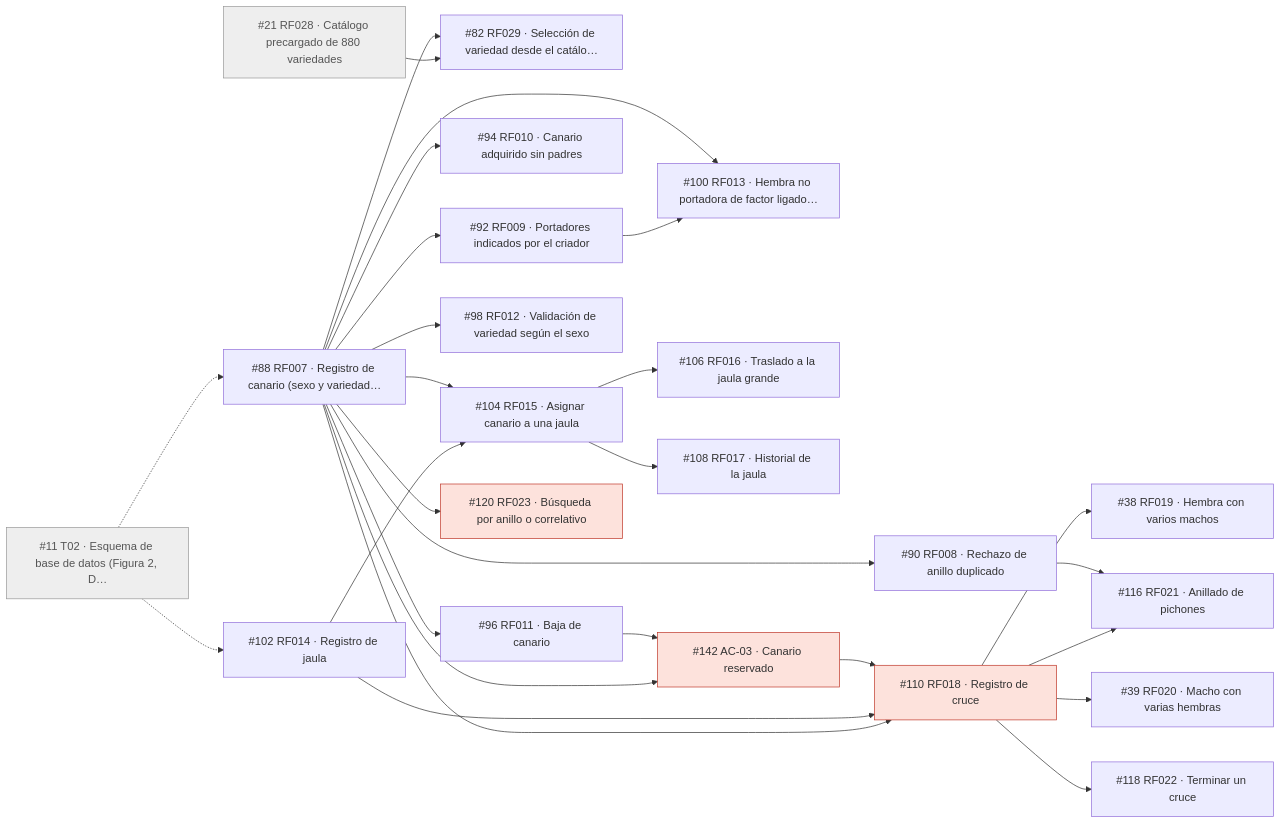
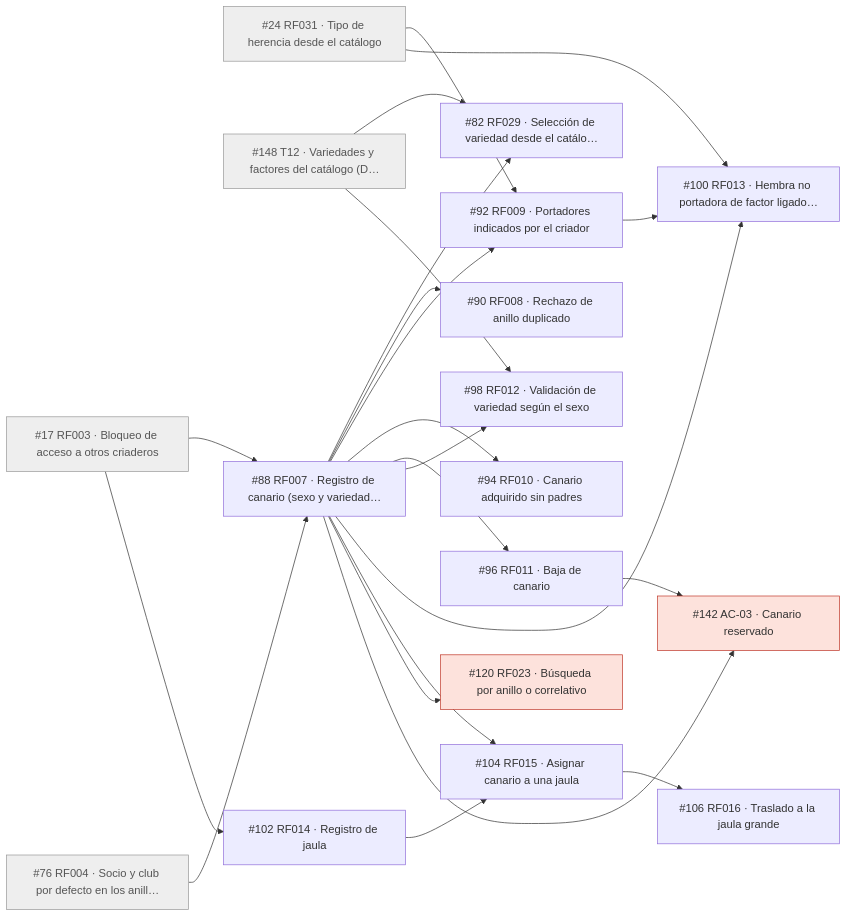
Before and after one commit to JereR1621/sistema-gestion-criadero-canarios: the third of 11 diagrams in docs/guia-issues.md, drawn with Mermaid. The commit also changed other lines of this file and 4 other files, not shown here.

````diff
--- a/docs/guia-issues.md
+++ b/docs/guia-issues.md
@@ -117,52 +112,43 @@
 ```mermaid
 flowchart LR
-    n11["#11 T02 · Esquema de base de datos (Figura 2, D…"]:::antes
-    n21["#21 RF028 · Catálogo precargado de 880 variedades"]:::antes
-    n38["#38 RF019 · Hembra con varios machos"]
-    n39["#39 RF020 · Macho con varias hembras"]
+    n17["#17 RF003 · Bloqueo de acceso a otros criaderos"]:::antes
+    n24["#24 RF031 · Tipo de herencia desde el catálogo"]:::antes
+    n76["#76 RF004 · Socio y club por defecto en los anill…"]:::antes
+    n148["#148 T12 · Variedades y factores del catálogo (D…"]:::antes
     n82["#82 RF029 · Selección de variedad desde el catálo…"]
     n88["#88 RF007 · Registro de canario (sexo y variedad…"]
     n90["#90 RF008 · Rechazo de anillo duplicado"]
     n92["#92 RF009 · Portadores indicados por el criador"]
     n94["#94 RF010 · Canario adquirido sin padres"]
     n96["#96 RF011 · Baja de canario"]
     n98["#98 RF012 · Validación de variedad según el sexo"]
     n100["#100 RF013 · Hembra no portadora de factor ligado…"]
     n102["#102 RF014 · Registro de jaula"]
     n104["#104 RF015 · Asignar canario a una jaula"]
     n106["#106 RF016 · Traslado a la jaula grande"]
-    n108["#108 RF017 · Historial de la jaula"]
-    n110["#110 RF018 · Registro de cruce"]:::ajuste
-    n116["#116 RF021 · Anillado de pichones"]
-    n118["#118 RF022 · Terminar un cruce"]
     n120["#120 RF023 · Búsqueda por anillo o correlativo"]:::ajuste
     n142["#142 AC-03 · Canario reservado"]:::ajuste
-    n110 --> n38
-    n110 --> n39
-    n21 --> n82
     n88 --> n82
-    n11 -.-> n88
+    n148 --> n82
+    n17 --> n88
+    n76 --> n88
     n88 --> n90
     n88 --> n92
+    n24 --> n92
     n88 --> n94
     n88 --> n96
     n88 --> n98
+    n148 --> n98
     n92 --> n100
+    n24 --> n100
     n88 --> n100
-    n11 -.-> n102
+    n17 --> n102
     n102 --> n104
     n88 --> n104
     n104 --> n106
-    n104 --> n108
-    n88 --> n110
-    n102 --> n110
-    n142 --> n110
-    n110 --> n116
-    n90 --> n116
-    n110 --> n118
     n88 --> n120
     n88 --> n142
     n96 --> n142
     classDef antes fill:#eeeeee,stroke:#999999,color:#555555
     classDef ajuste fill:#fde2dc,stroke:#c0392b
 ```
````
